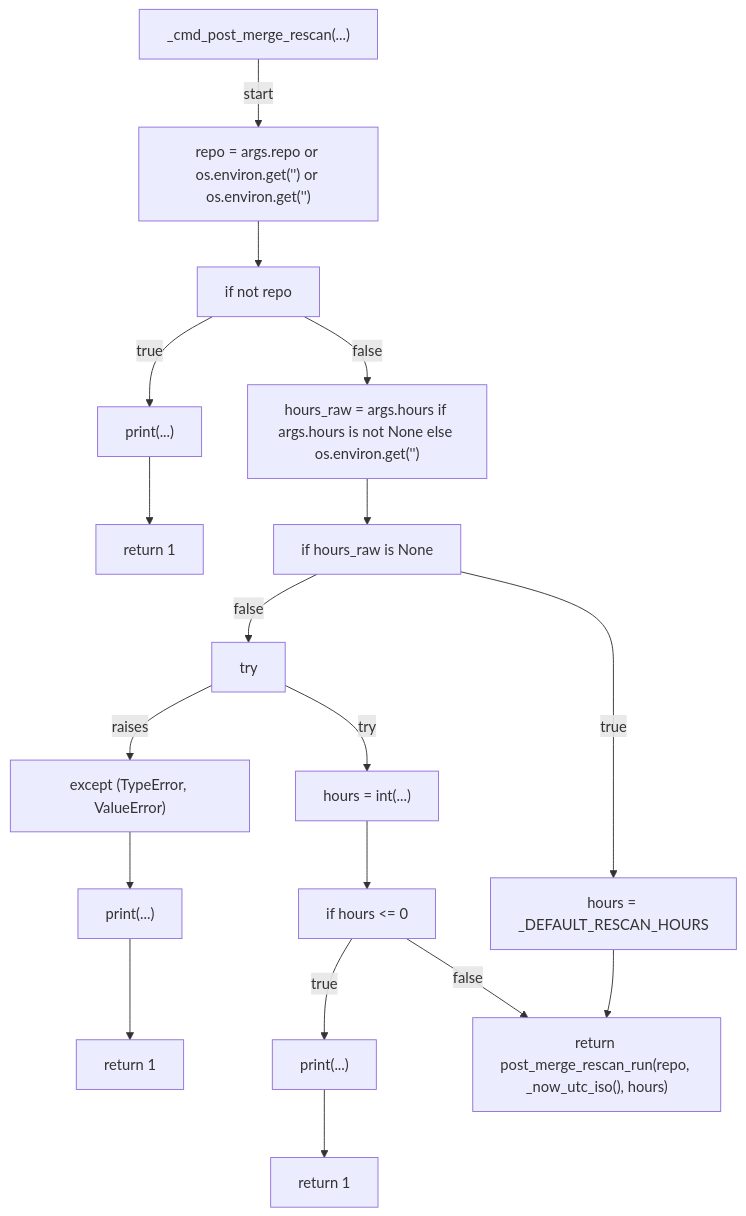
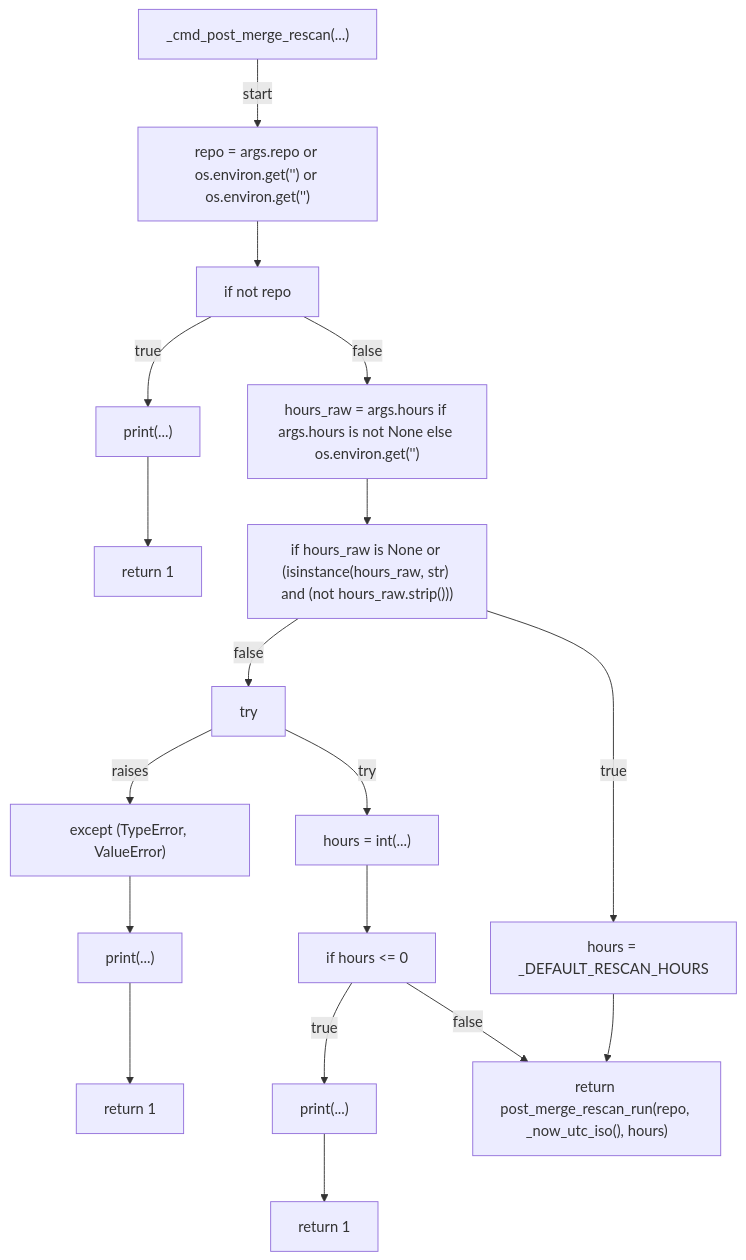
One commit to tvna/claude-md changed diagram 51 of 60 in docs/generated/scripts/ast/auto_retro.md. Above: the diagram before and after it, drawn with Mermaid. The commit also changed other lines of this file, not shown here.

Commit message:
docs(generated): regenerate decision tree and workflow diagrams
Refs #960

````diff
--- a/docs/generated/scripts/ast/auto_retro.md
+++ b/docs/generated/scripts/ast/auto_retro.md
@@ -1108,37 +1108,37 @@
 ```mermaid
 flowchart TD
     N001["_cmd_post_merge_rescan(...)"]
     N002["repo = args.repo or os.environ.get('<str>') or os.environ.get('<str>')"]
     N003["if not repo"]
     N004["print(...)"]
     N005["return 1"]
     N006["hours_raw = args.hours if args.hours is not None else os.environ.get('<str>')"]
-    N007["if hours_raw is None"]
+    N007["if hours_raw is None or (isinstance(hours_raw, str) and (not hours_raw.strip()))"]
     N008["hours = _DEFAULT_RESCAN_HOURS"]
     N009["try"]
     N010["hours = int(...)"]
     N011["except (TypeError, ValueError)"]
     N012["print(...)"]
     N013["return 1"]
     N014["if hours <= 0"]
     N015["print(...)"]
     N016["return 1"]
     N017["return post_merge_rescan_run(repo, _now_utc_iso(), hours)"]
     N001 -->|"start"| N002
     N002 --> N003
     N003 -->|"true"| N004
     N004 --> N005
     N003 -->|"false"| N006
     N006 --> N007
     N007 -->|"true"| N008
     N007 -->|"false"| N009
     N009 -->|"try"| N010
     N009 -->|"raises"| N011
     N011 --> N012
     N012 --> N013
     N010 --> N014
     N014 -->|"true"| N015
     N015 --> N016
     N008 --> N017
     N014 -->|"false"| N017
 ```
````
